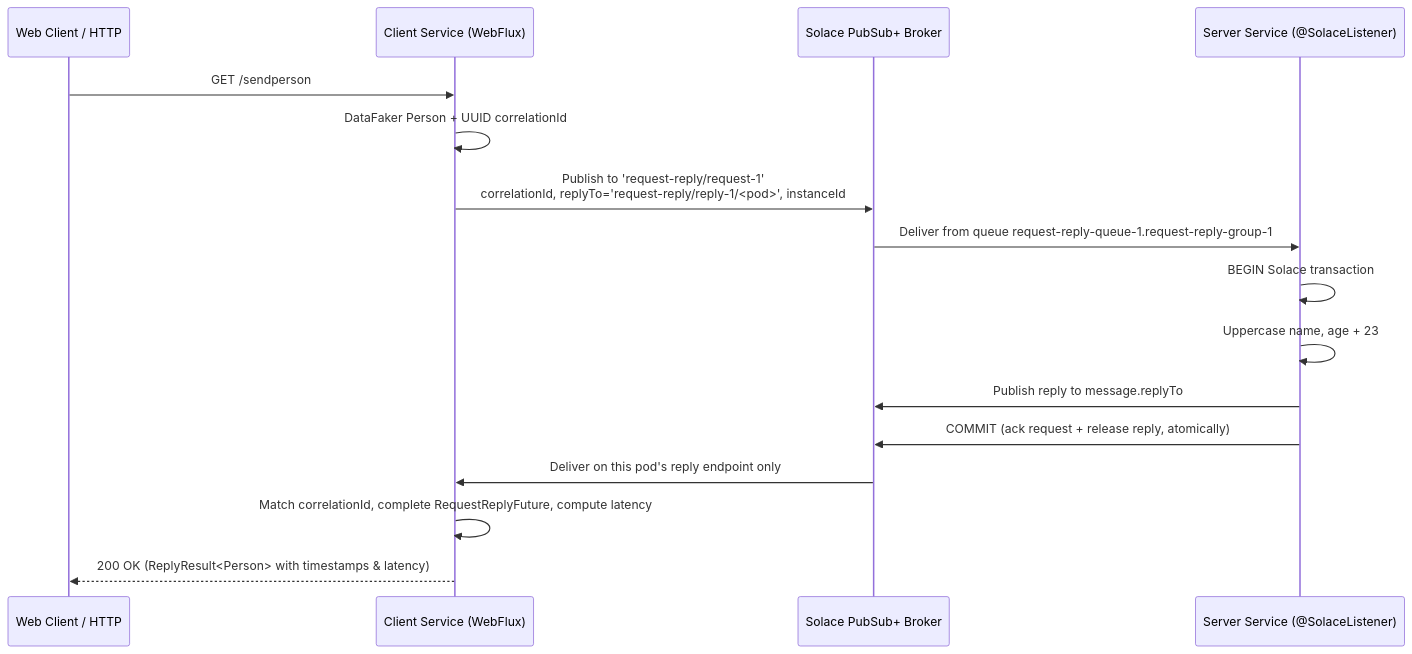
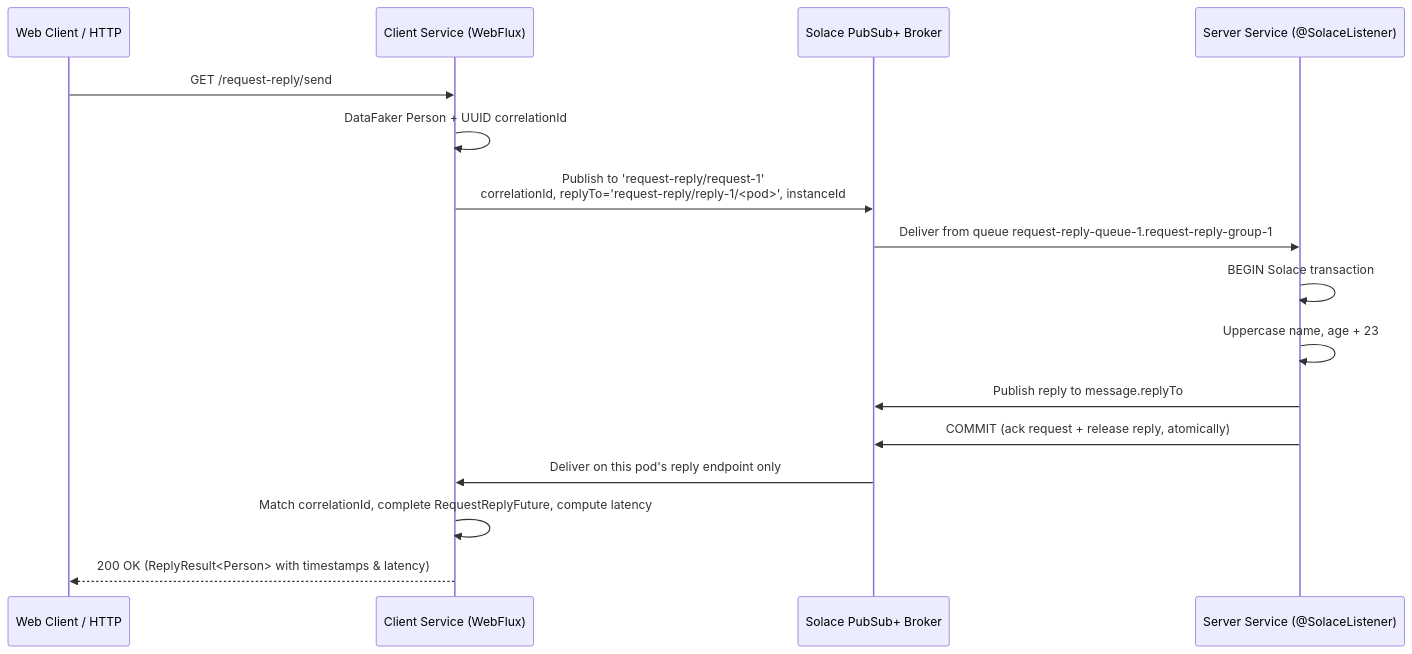
One commit to anupambasak/solace-request-reply changed the diagram in README.md. Above: the diagram before and after it, drawn with Mermaid. The commit also changed other lines of this file and 12 other files, not shown here.

````diff
--- a/README.md
+++ b/README.md
@@ -17,19 +17,19 @@
 ```mermaid
 sequenceDiagram
     participant Web as Web Client / HTTP
     participant Client as Client Service (WebFlux)
     participant Solace as Solace PubSub+ Broker
     participant Server as Server Service (@SolaceListener)
 
-    Web->>Client: GET /sendperson
+    Web->>Client: GET /request-reply/send
     Client->>Client: DataFaker Person + UUID correlationId
     Client->>Solace: Publish to 'request-reply/request-1'<br/>correlationId, replyTo='request-reply/reply-1/<pod>', instanceId
     Solace->>Server: Deliver from queue request-reply-queue-1.request-reply-group-1
     Server->>Server: BEGIN Solace transaction
     Server->>Server: Uppercase name, age + 23
     Server->>Solace: Publish reply to message.replyTo
     Server->>Solace: COMMIT (ack request + release reply, atomically)
     Solace->>Client: Deliver on this pod's reply endpoint only
     Client->>Client: Match correlationId, complete RequestReplyFuture, compute latency
     Client-->>Web: 200 OK (ReplyResult<Person> with timestamps & latency)
 ```
````
